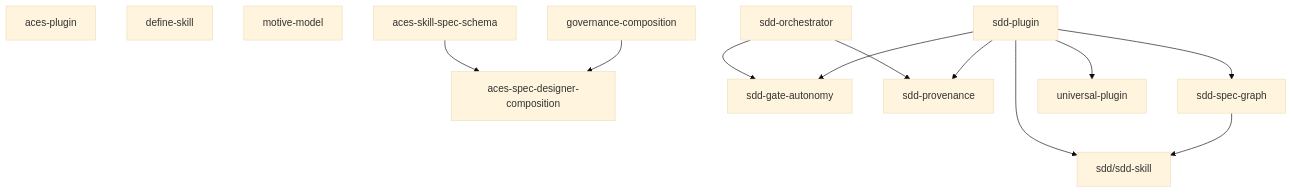
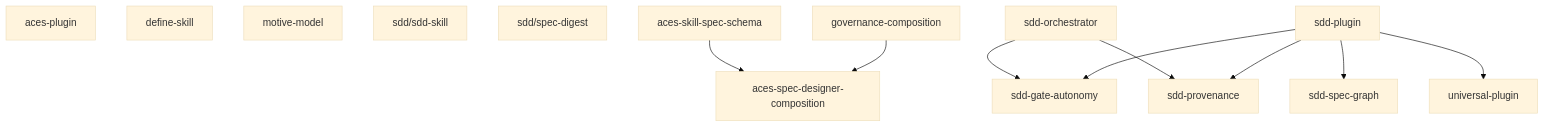
Before and after one commit to cyberuni/cyberplace: the diagram in artifacts/specs/graph.md, drawn with Mermaid (base theme). The commit also changed other lines of this file, not shown here.

First line of the commit message:
docs(specs): regenerate stale spec graph

````diff
--- a/artifacts/specs/graph.md
+++ b/artifacts/specs/graph.md
@@ -7,16 +7,16 @@
 ```mermaid
 graph TD
   aces-plugin
   define-skill
   motive-model
+  sdd/sdd-skill
+  sdd/spec-digest
   aces-skill-spec-schema --> aces-spec-designer-composition
   governance-composition --> aces-spec-designer-composition
   sdd-orchestrator --> sdd-gate-autonomy
   sdd-orchestrator --> sdd-provenance
   sdd-plugin --> sdd-gate-autonomy
   sdd-plugin --> sdd-provenance
   sdd-plugin --> sdd-spec-graph
-  sdd-plugin --> sdd/sdd-skill
   sdd-plugin --> universal-plugin
-  sdd-spec-graph --> sdd/sdd-skill
 ```
````
